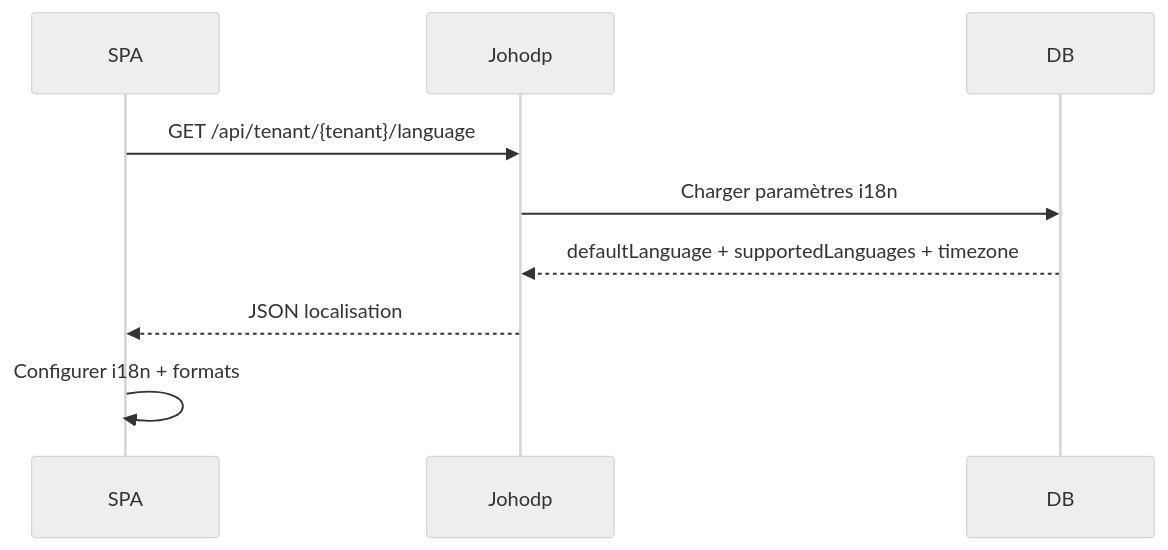
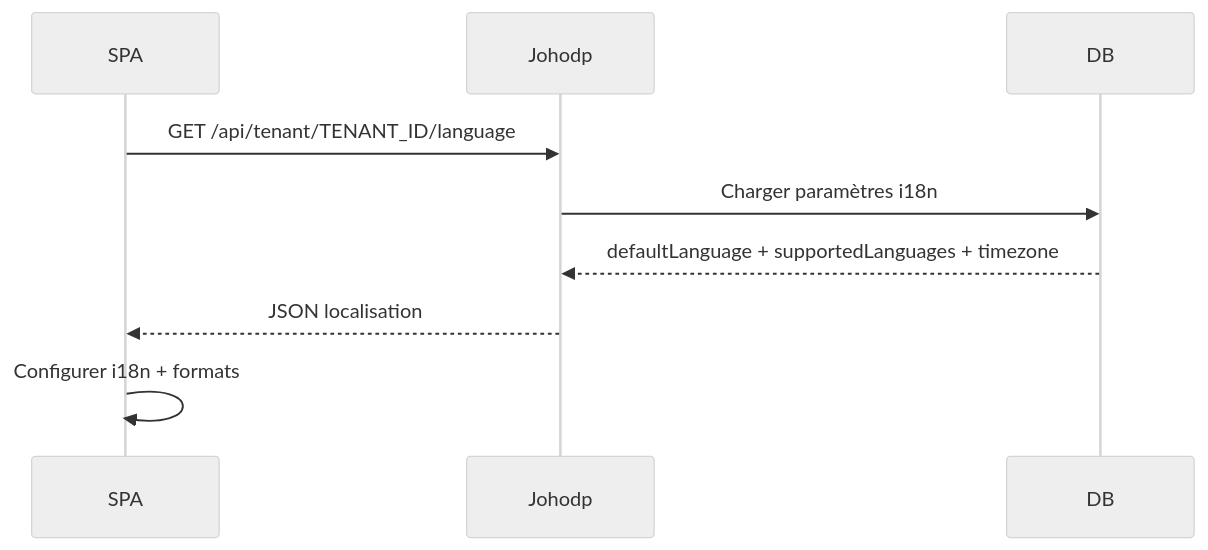
Before and after one commit to FantasticJoho/johodp: diagram 24 of 27 in USE_CASES.md, drawn with Mermaid (neutral theme). The commit also changed other lines of this file, not shown here.

Commit message:
feat: Add flowcharts for password reset and tenant management use cases

````diff
--- a/USE_CASES.md
+++ b/USE_CASES.md
@@ -1642,11 +2041,11 @@
 ```mermaid
 sequenceDiagram
    participant SPA as SPA
    participant IdP as Johodp
    participant DB as DB
-   SPA->>IdP: GET /api/tenant/{tenant}/language
+   SPA->>IdP: GET /api/tenant/TENANT_ID/language
    IdP->>DB: Charger paramètres i18n
    DB-->>IdP: defaultLanguage + supportedLanguages + timezone
    IdP-->>SPA: JSON localisation
    SPA->>SPA: Configurer i18n + formats
 ```
````
